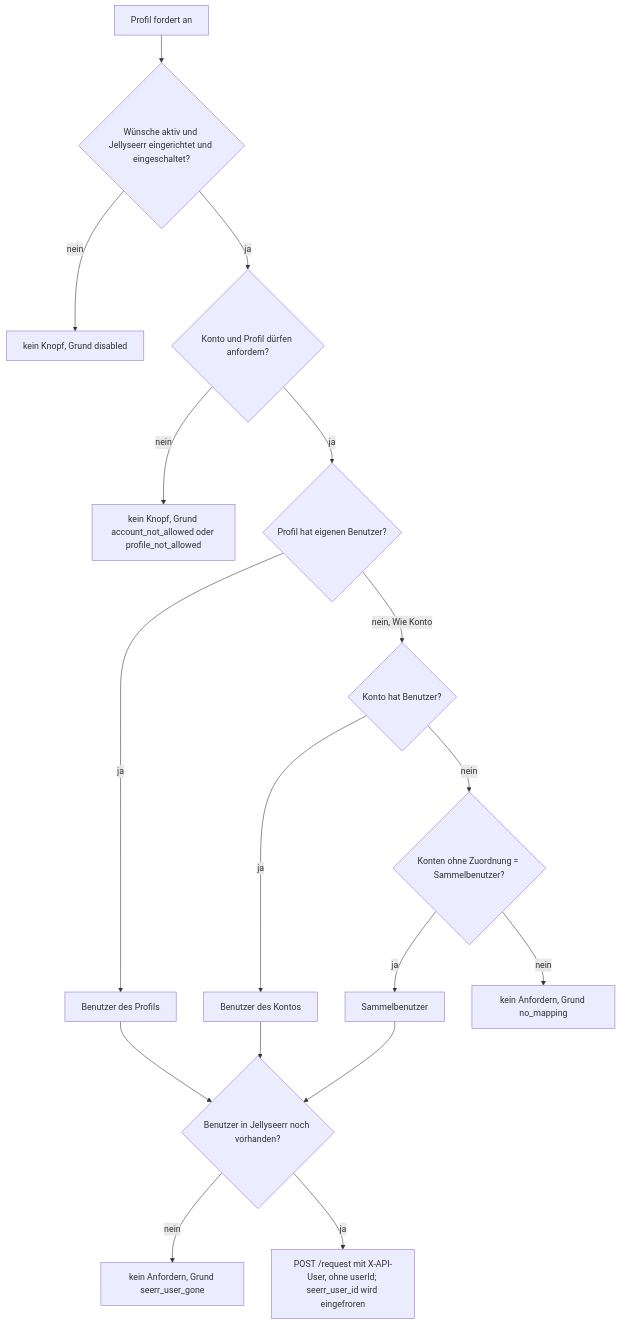
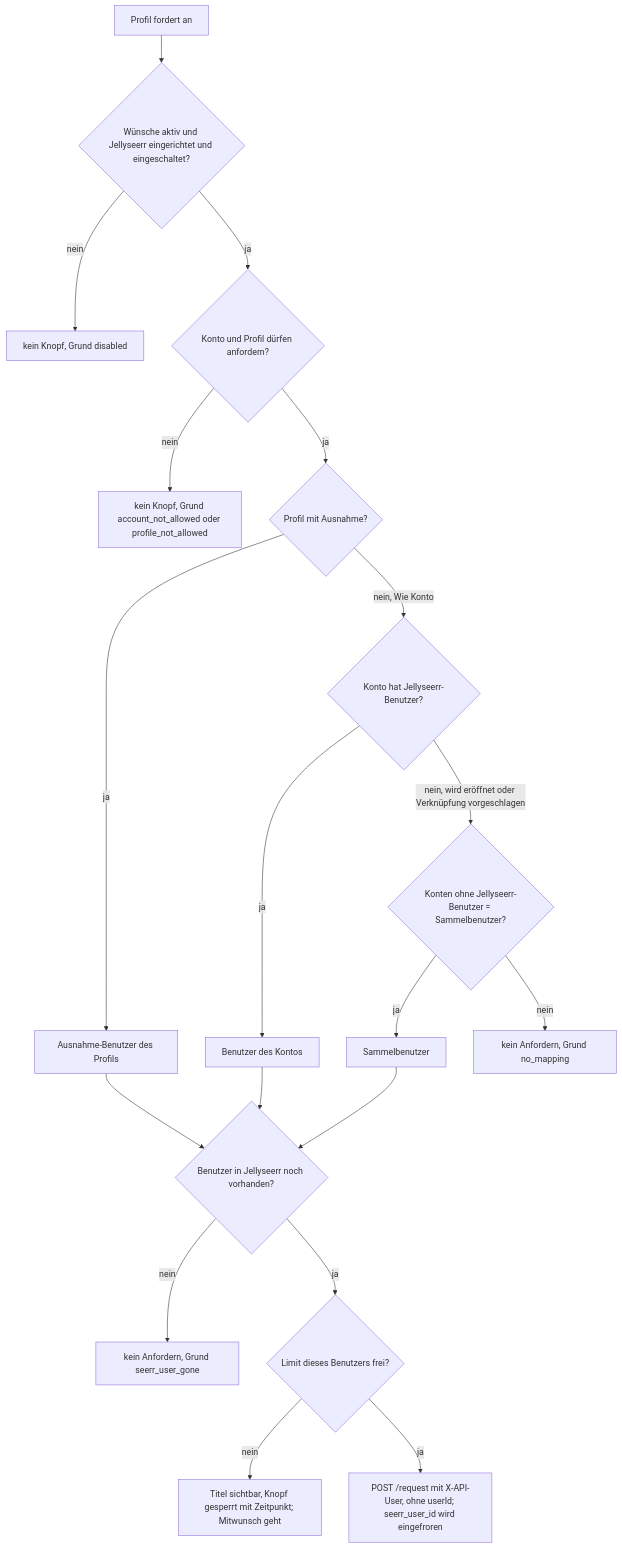
Before and after one commit to SlouchCat/slouchcat: the first of 2 diagrams in docs/planning/25-medienwuensche/04-benutzer-profilmapping.md, drawn with Mermaid. The commit also changed other lines of this file and 33 other files, not shown here.

````diff
--- a/docs/planning/25-medienwuensche/04-benutzer-profilmapping.md
+++ b/docs/planning/25-medienwuensche/04-benutzer-profilmapping.md
@@ -160,19 +206,21 @@
 ```mermaid
 flowchart TD
   A["Profil fordert an"] --> B{"Wünsche aktiv und Jellyseerr eingerichtet und eingeschaltet?"}
   B -- "nein" --> X1["kein Knopf, Grund disabled"]
   B -- "ja" --> C{"Konto und Profil dürfen anfordern?"}
   C -- "nein" --> X2["kein Knopf, Grund account_not_allowed oder profile_not_allowed"]
-  C -- "ja" --> D{"Profil hat eigenen Benutzer?"}
-  D -- "ja" --> U1["Benutzer des Profils"]
-  D -- "nein, Wie Konto" --> E{"Konto hat Benutzer?"}
+  C -- "ja" --> D{"Profil mit Ausnahme?"}
+  D -- "ja" --> U1["Ausnahme-Benutzer des Profils"]
+  D -- "nein, Wie Konto" --> E{"Konto hat Jellyseerr-Benutzer?"}
   E -- "ja" --> U2["Benutzer des Kontos"]
-  E -- "nein" --> F{"Konten ohne Zuordnung = Sammelbenutzer?"}
+  E -- "nein, wird eröffnet oder Verknüpfung vorgeschlagen" --> F{"Konten ohne Jellyseerr-Benutzer = Sammelbenutzer?"}
   F -- "ja" --> U3["Sammelbenutzer"]
   F -- "nein" --> X3["kein Anfordern, Grund no_mapping"]
   U1 --> G{"Benutzer in Jellyseerr noch vorhanden?"}
   U2 --> G
   U3 --> G
   G -- "nein" --> X4["kein Anfordern, Grund seerr_user_gone"]
-  G -- "ja" --> H["POST /request mit X-API-User, ohne userId; seerr_user_id wird eingefroren"]
+  G -- "ja" --> L{"Limit dieses Benutzers frei?"}
+  L -- "nein" --> X5["Titel sichtbar, Knopf gesperrt mit Zeitpunkt; Mitwunsch geht"]
+  L -- "ja" --> H["POST /request mit X-API-User, ohne userId; seerr_user_id wird eingefroren"]
 ```
````
